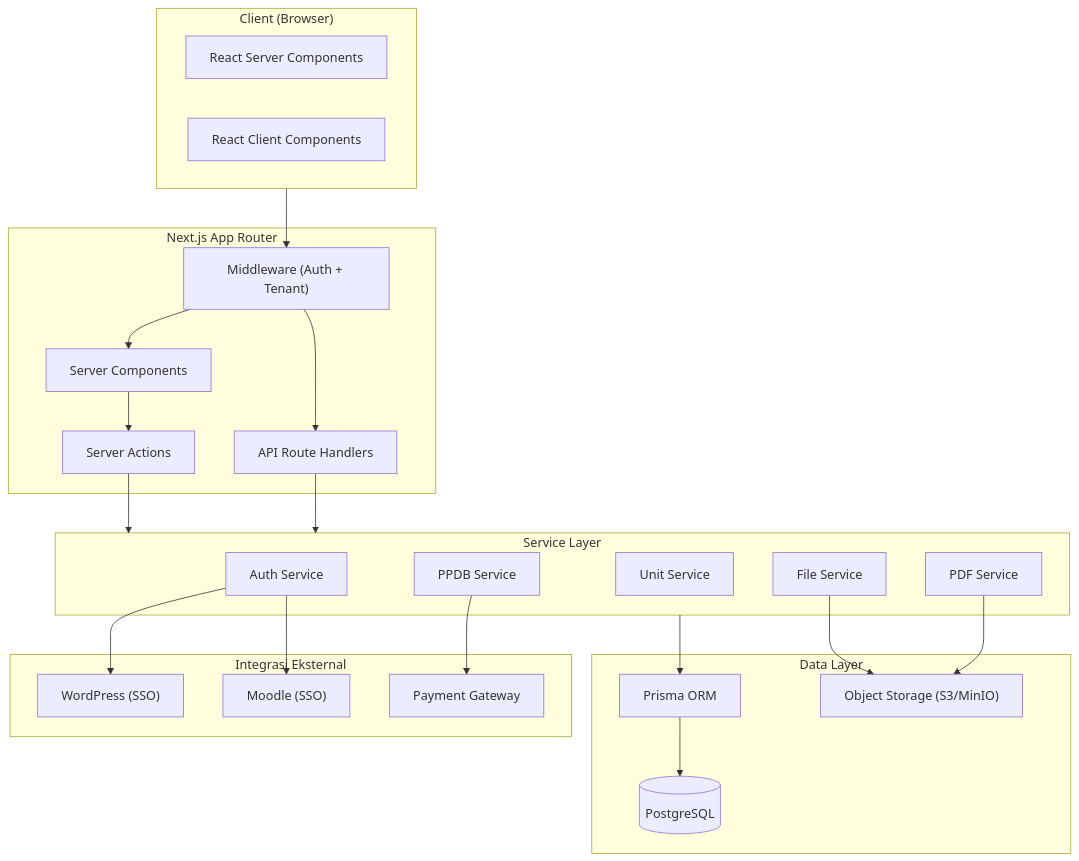
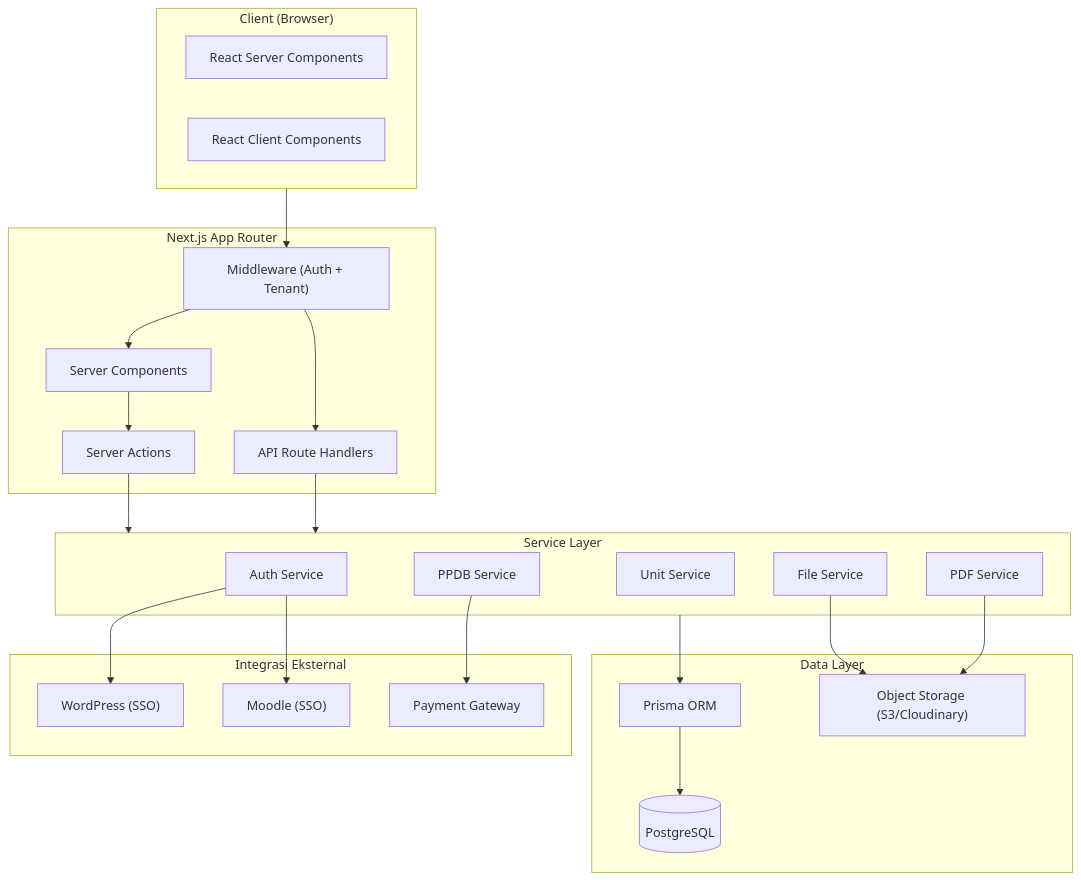
The first of 7 diagrams in docs/TDD.md (alchemista27/sim-alfida), drawn with Mermaid before and after one commit. The commit also changed other lines of this file and 33 other files, not shown here.

Commit message:
feat: complete sprint 5 PPDB flow, PDF generation, and multi-schema refactoring

````diff
--- a/docs/TDD.md
+++ b/docs/TDD.md
@@ -21,48 +21,48 @@
 ```mermaid
 graph TB
     subgraph Client["Client (Browser)"]
         RSC["React Server Components"]
         RCC["React Client Components"]
     end
 
     subgraph NextJS["Next.js App Router"]
         MW["Middleware (Auth + Tenant)"]
         API["API Route Handlers"]
         SC["Server Components"]
         SA["Server Actions"]
     end
 
     subgraph Services["Service Layer"]
         AuthSvc["Auth Service"]
         PPDBSvc["PPDB Service"]
         UnitSvc["Unit Service"]
         FileSvc["File Service"]
         PDFSvc["PDF Service"]
     end
 
     subgraph Data["Data Layer"]
         ORM["Prisma ORM"]
         DB[("PostgreSQL")]
-        S3["Object Storage (S3/MinIO)"]
+        S3["Object Storage (S3/Cloudinary)"]
     end
 
     subgraph External["Integrasi Eksternal"]
         WP["WordPress (SSO)"]
         MDL["Moodle (SSO)"]
         PG["Payment Gateway"]
     end
 
     Client --> MW
     MW --> API
     MW --> SC
     SC --> SA
     SA --> Services
     API --> Services
     Services --> ORM
     ORM --> DB
     FileSvc --> S3
     PDFSvc --> S3
     AuthSvc --> WP
     AuthSvc --> MDL
     PPDBSvc --> PG
 ```
````
